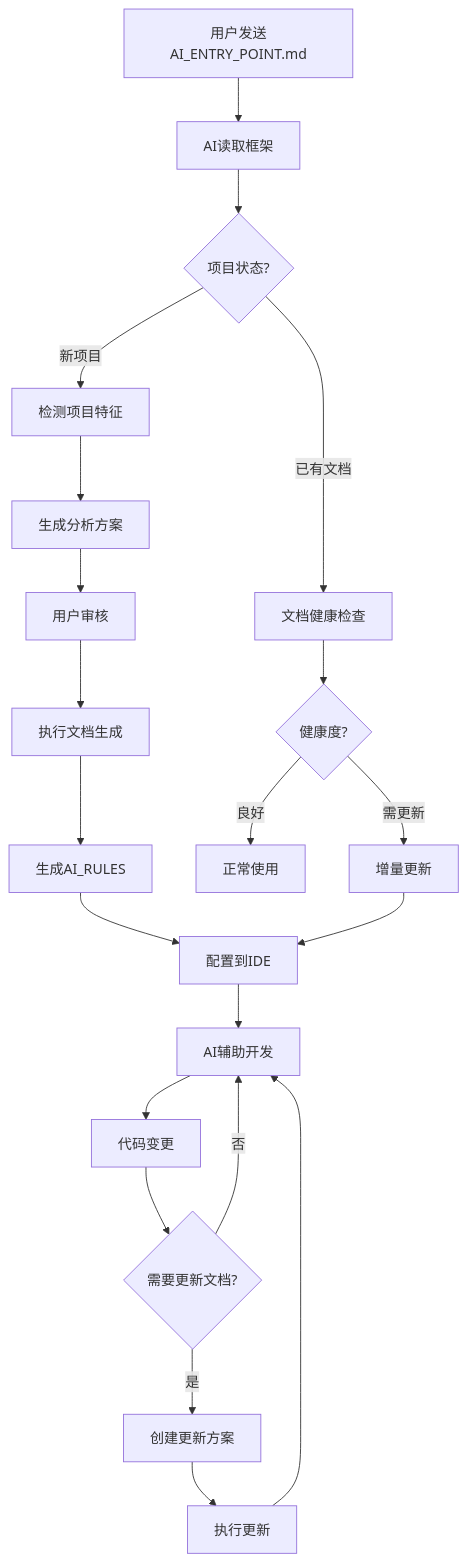
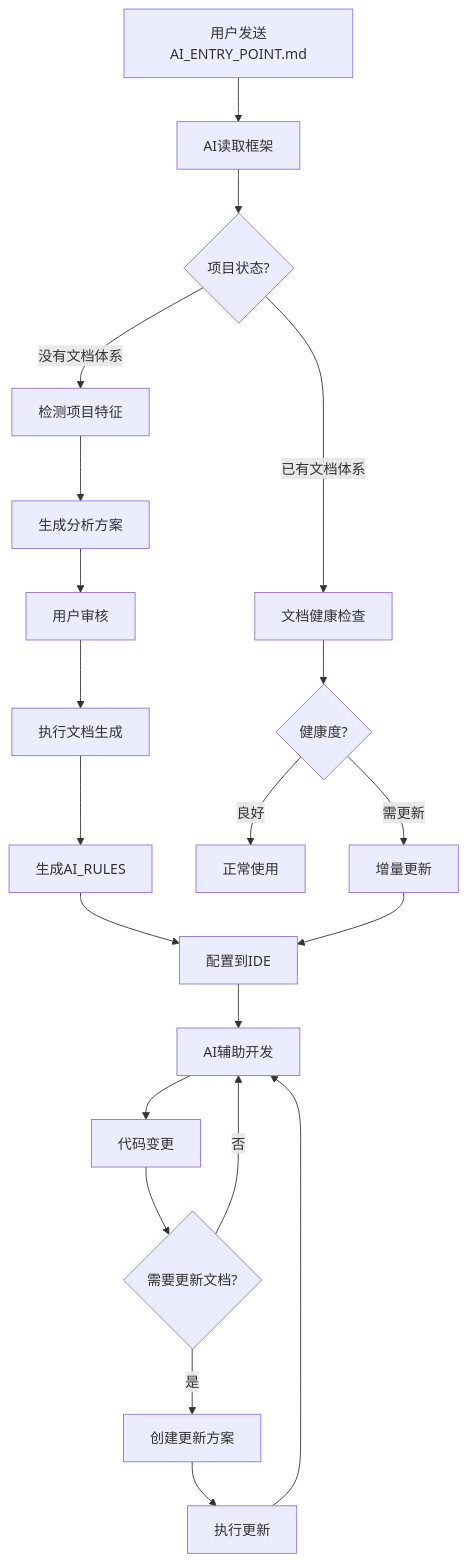
Before and after one commit to zibuyu2015831/AI-Coding-Context: the diagram in dev/FRAMEWORK_CONTEXT.md, drawn with Mermaid. The commit also changed other lines of this file and 79 other files, not shown here.

````diff
--- a/dev/FRAMEWORK_CONTEXT.md
+++ b/dev/FRAMEWORK_CONTEXT.md
@@ -87,27 +88,27 @@
 ```mermaid
 graph TD
     A[用户发送AI_ENTRY_POINT.md] --> B[AI读取框架]
     B --> C{项目状态?}
-    C -->|新项目| D[检测项目特征]
-    C -->|已有文档| E[文档健康检查]
+    C -->|没有文档体系| D[检测项目特征]
+    C -->|已有文档体系| E[文档健康检查]
 
     D --> F[生成分析方案]
     F --> G[用户审核]
     G --> H[执行文档生成]
     H --> I[生成AI_RULES]
 
     E --> J{健康度?}
     J -->|良好| K[正常使用]
     J -->|需更新| L[增量更新]
 
     I --> M[配置到IDE]
     L --> M
     M --> N[AI辅助开发]
 
     N --> O[代码变更]
     O --> P{需要更新文档?}
     P -->|是| Q[创建更新方案]
     P -->|否| N
     Q --> R[执行更新]
     R --> N
 ```
````
